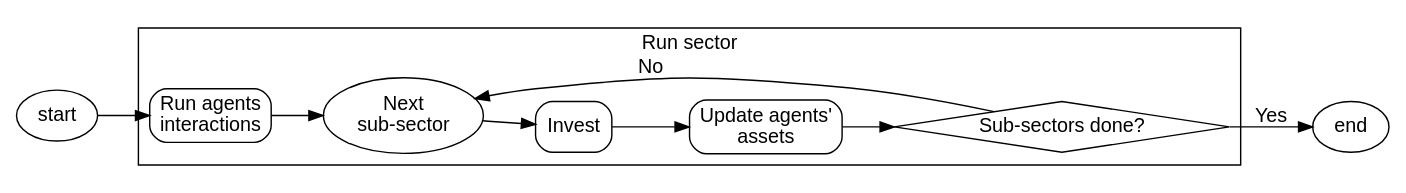
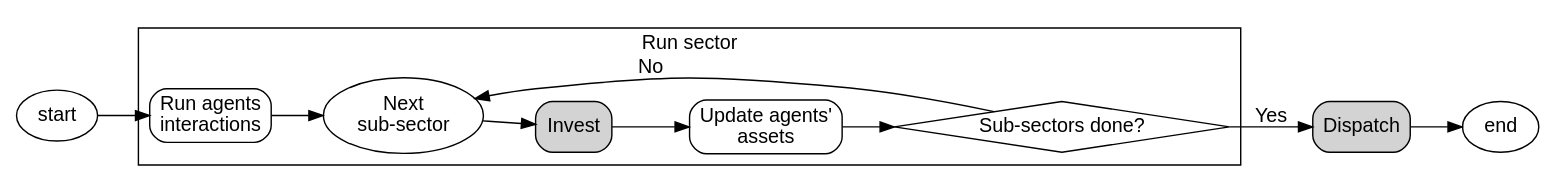
Before and after one commit to EnergySystemsModellingLab/MUSE_OS: the tenth of 11 diagrams in docs/application-flow.rst, drawn with Graphviz. The commit also changed other lines of this file, not shown here.

Commit message:
Add dispatch section

```diff
--- a/docs/application-flow.rst
+++ b/docs/application-flow.rst
@@ -378,29 +378,30 @@
 .. graphviz::
     :align: center
     :alt: Steps of one period step in a sector
 
     digraph sector_step {
             fontname="Helvetica,Arial,sans-serif"
             node [fontname="Helvetica,Arial,sans-serif", shape=box, style=rounded]
             edge [fontname="Helvetica,Arial,sans-serif"]
             rankdir=LR
             clusterrank=local
             newrank=true
 
             {node [shape=""]; start; end;}
             next [label="Next\nsub-sector", shape=""]
             interactions [label="Run agents\ninteractions"]
-            invest [label="Invest"]
+            invest [label="Invest", fillcolor="lightgrey", style="rounded,filled"]
             update_agents [label="Update agents'\nassets"]
             all_subsectors [label="Sub-sectors done?", shape=diamond, style=""]
+            dispatch [label="Dispatch", fillcolor="lightgrey", style="rounded,filled"]
 
             subgraph cluster {
                 label="Run sector"
                 interactions -> next -> invest -> update_agents -> all_subsectors
                 all_subsectors -> next [label="No", constraint=false]
-
             }
 
             start -> interactions
-            all_subsectors -> end [label="Yes"]
+            all_subsectors -> dispatch [label="Yes"]
+            dispatch -> end
         }
```
